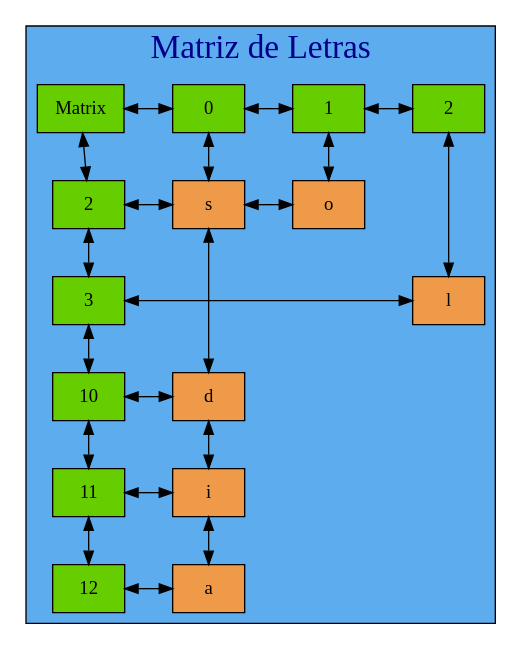
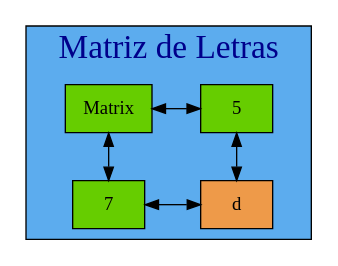
Before and after one commit to mariotun/EDD_1S2020_PY1_201602942: the diagram in Graficas/Table_Juego.dot, drawn with Graphviz. The commit also changed 14 other files, not shown here.

```diff
--- a/Graficas/Table_Juego.dot
+++ b/Graficas/Table_Juego.dot
@@ -1,62 +1,35 @@
  digraph tablero{ 
 
 graph[ranksep= "0.5",nodesep= "0.5"];
 subgraph cluster_1 {
 
 fontname=algerian
 label= "Matriz de Letras ";
  labelloc=t;
 fontcolor=blue4;
 fontsize=25;
 style=filled;
 fillcolor=steelblue2;
 
 node [shape=box fillcolor=chartreuse3];
 mt[label= "Matrix" style=radial group=0]
 {rank=same;
-25770513280[label= "0 " style=radial,group=0]
-25770513648[label= "1 " style=radial,group=1]
-0[label= "2 " style=radial,group=2]
-mt->25770513280->25770513648->0[dir=both];};
+0[label= "5 " style=radial,group=5]
+mt->0[dir=both];};
 
-25770512320[label= "2 " style=radial,group=0]
-25770515376[label= "3 " style=radial,group=0]
-25770515808[label= "10 " style=radial,group=0]
-25770516192[label= "11 " style=radial,group=0]
-64[label= "12 " style=radial,group=0]
-mt->25770512320->25770515376->25770515808->25770516192->64[dir=both];
+64[label= "7 " style=radial,group=0]
+mt->64[dir=both];
 
 node[shape=box height=0.5 style=filled fontcolor=black fillcolor=tan2]
-25770512720[label="s" style=radial,group=0];
-node[shape=box height=0.5 style=filled fontcolor=black fillcolor=tan2]
-25770515392[label="d" style=radial,group=0];
-node[shape=box height=0.5 style=filled fontcolor=black fillcolor=tan2]
-25770515872[label="i" style=radial,group=0];
-node[shape=box height=0.5 style=filled fontcolor=black fillcolor=tan2]
-25770516256[label="a" style=radial,group=0];
-node[shape=box height=0.5 style=filled fontcolor=black fillcolor=tan2]
-25770513408[label="o" style=radial,group=1];
-node[shape=box height=0.5 style=filled fontcolor=black fillcolor=tan2]
-25770513968[label="l" style=radial,group=2];
+25770521136[label="d" style=radial,group=5];
 
 
-25770513280->25770512720->25770515392->25770515872->25770516256[dir=both]
-25770513648->25770513408[dir=both]
-0->25770513968[dir=both]
+0->25770521136[dir=both]
 
-25770512720[label="s"];
-25770513408[label="o"];
-25770513968[label="l"];
-25770515392[label="d"];
-25770515872[label="i"];
-25770516256[label="a"];
+25770521136[label="d"];
 
 
-{rank=same;25770512320->25770512720->25770513408[dir=both] } 
-{rank=same;25770515376->25770513968[dir=both] } 
-{rank=same;25770515808->25770515392[dir=both] } 
-{rank=same;25770516192->25770515872[dir=both] } 
-{rank=same;64->25770516256[dir=both] }
+{rank=same;64->25770521136[dir=both] }
  }
 
 }
```
